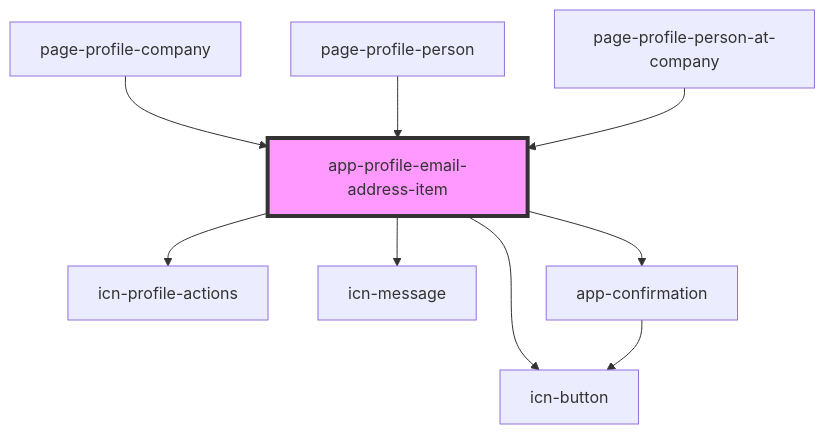
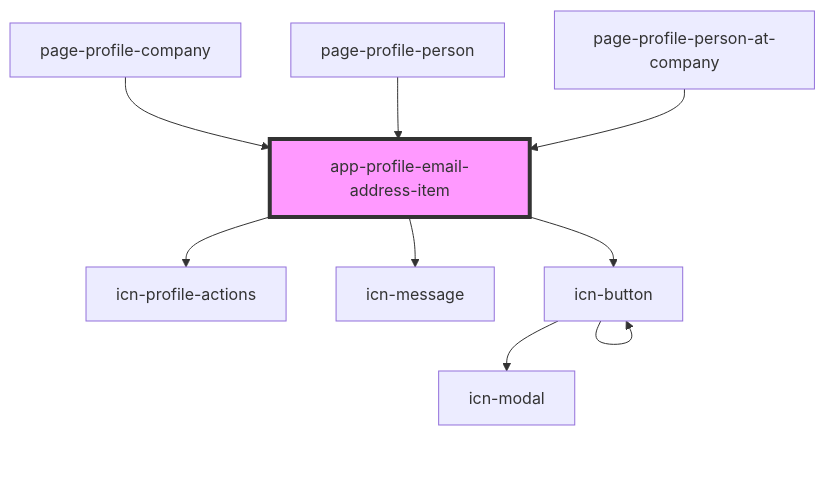
One commit to lokheed/IconEventNetwork.Web changed the diagram in iconeventnetwork-web/src/components/app-profile-email-address-item/readme.md. Above: the diagram before and after it, drawn with Mermaid. The commit also changed other lines of this file and 38 other files, not shown here.

First line of the commit message:
Implemented icn-modal

````diff
--- a/iconeventnetwork-web/src/components/app-profile-email-address-item/readme.md
+++ b/iconeventnetwork-web/src/components/app-profile-email-address-item/readme.md
@@ -43,12 +42,12 @@
 ```mermaid
 graph TD;
   app-profile-email-address-item --> icn-profile-actions
   app-profile-email-address-item --> icn-message
   app-profile-email-address-item --> icn-button
-  app-profile-email-address-item --> app-confirmation
-  app-confirmation --> icn-button
+  icn-button --> icn-modal
+  icn-button --> icn-button
   page-profile-company --> app-profile-email-address-item
   page-profile-person --> app-profile-email-address-item
   page-profile-person-at-company --> app-profile-email-address-item
   style app-profile-email-address-item fill:#f9f,stroke:#333,stroke-width:4px
 ```
````
